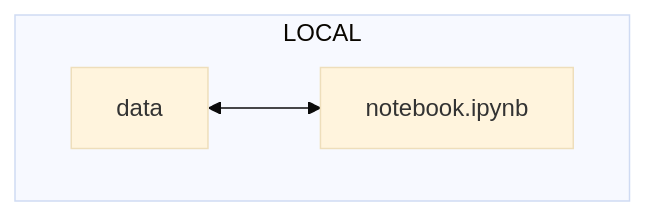
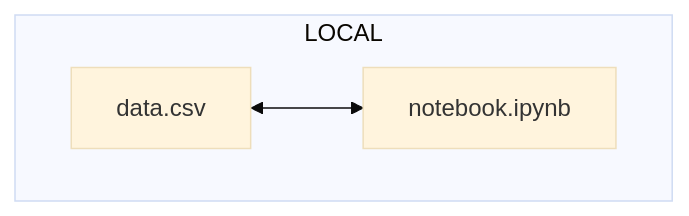
Before and after one commit to swiss-ai-center/a-guide-to-mlops: the diagram in docs/part-1-local-training-and-model-evaluation/chapter-1-run-a-simple-ml-experiment-with-jupyter-notebook/index.md, drawn with Mermaid (base theme). The commit also changed other lines of this file and 1 other file, not shown here.

Commit message:
Improve Mermaid graphs

````diff
--- a/docs/part-1-local-training-and-model-evaluation/chapter-1-run-a-simple-ml-experiment-with-jupyter-notebook/index.md
+++ b/docs/part-1-local-training-and-model-evaluation/chapter-1-run-a-simple-ml-experiment-with-jupyter-notebook/index.md
@@ -34,6 +34,6 @@
 ```mermaid
 flowchart
-	subgraph 356399["LOCAL"]
-		927342["data"] <--> 128749["notebook.ipynb"]
+	subgraph graph[LOCAL]
+		data[data.csv] <--> notebook[notebook.ipynb]
 	end
 ```
````
